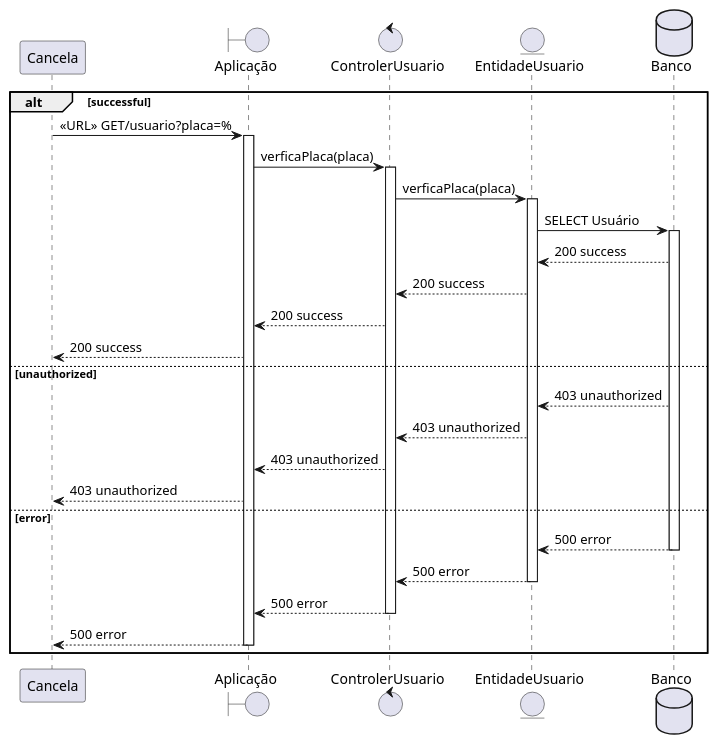
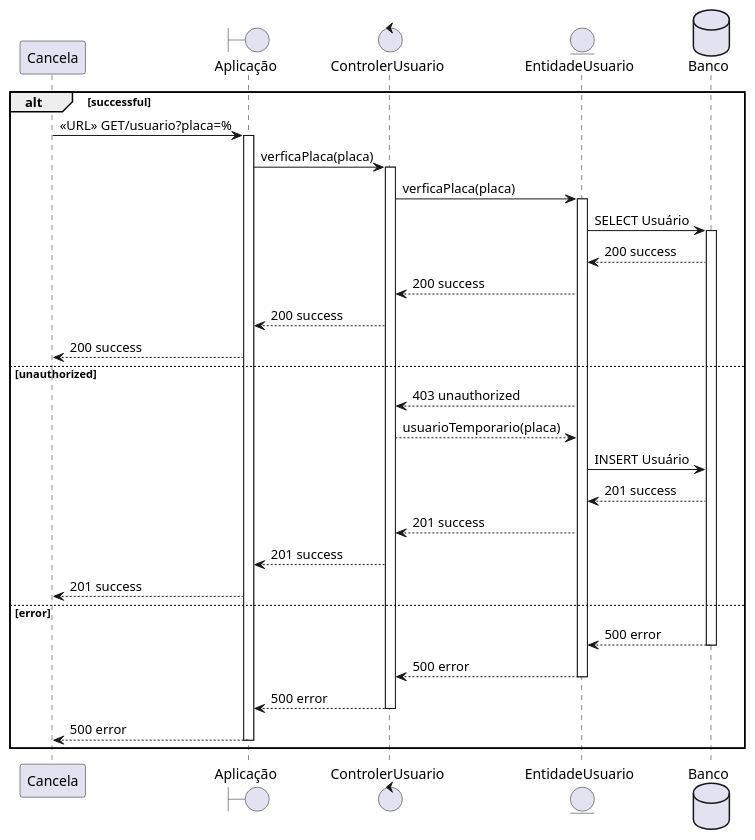
Before and after one commit to PI2-Cancela-Inteligente/docs: the diagram in seq/seq-1.puml, drawn with PlantUML. The commit also changed 3 other files, not shown here.

Commit message:
atualiza diagrama de sequencia pc2

```diff
--- a/seq/seq-1.puml
+++ b/seq/seq-1.puml
@@ -1,35 +1,38 @@
 @startuml
 participant Cancela as catraca
 boundary    Aplicação as app
 control     ControlerUsuario as controler
 entity      EntidadeUsuario as user
 database    Banco as bd
 
 
 alt successful
 
 catraca -> app ++ : <<URL>> GET/usuario?placa=%
 app -> controler ++: verficaPlaca(placa)
 controler-> user ++: verficaPlaca(placa)
 user-> bd ++: SELECT Usuário
 
 bd--> user: 200 success
 user--> controler: 200 success
 controler--> app: 200 success
 app --> catraca: 200 success
 
 else unauthorized
-bd--> user: 403 unauthorized
 user--> controler: 403 unauthorized
-controler--> app: 403 unauthorized
-app --> catraca: 403 unauthorized
+controler--> user: usuarioTemporario(placa)
+user-> bd: INSERT Usuário
+bd--> user: 201 success
+user--> controler: 201 success
+controler--> app: 201 success
+app --> catraca: 201 success
 
 else error
 bd--> user --: 500 error
 user--> controler--: 500 error
 controler--> app --: 500 error
 app --> catraca --: 500 error
 
 end
  
 @enduml
```
